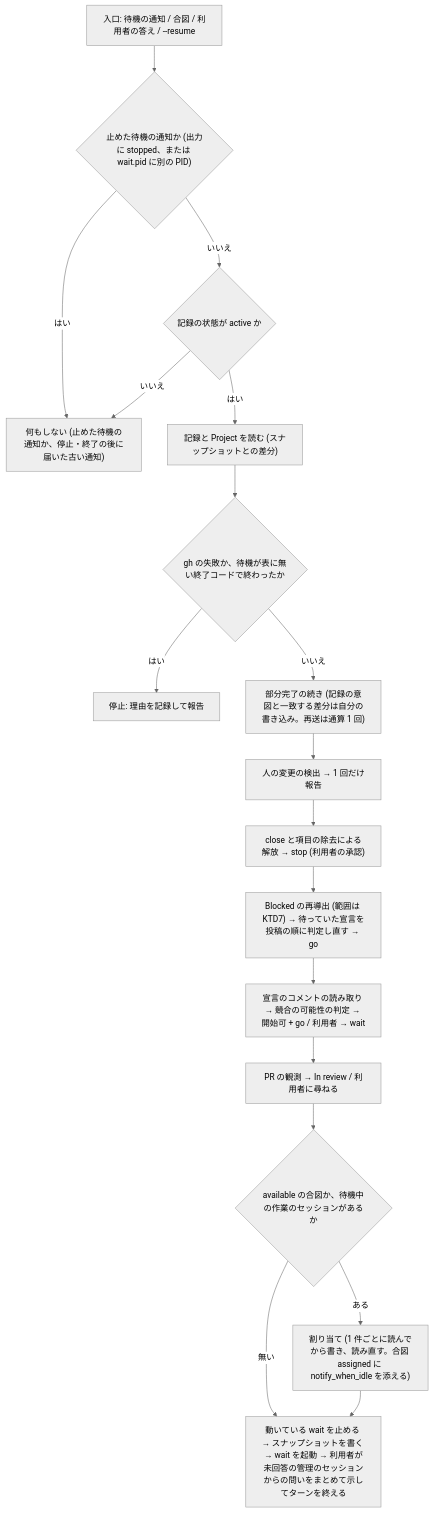
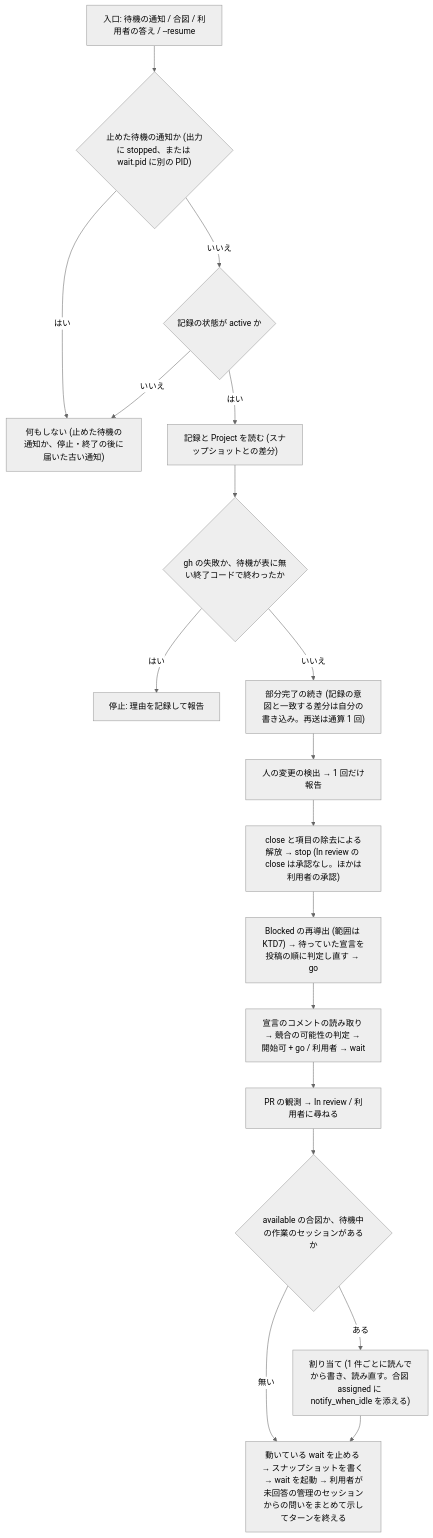
One commit to akm/claude-plugins changed the third of 3 diagrams in docs/plans/2026-10-06-2025-feat-issue-dispatch-plan.md. Above: the diagram before and after it, drawn with Mermaid (neutral theme). The commit also changed other lines of this file, not shown here.

First line of the commit message:
📝 docs(plans): issue-dispatch の計画で、In review の Issue が閉じたときに合図 stop を承認なしで送ると R21 に書く (#114)

````diff
--- a/docs/plans/2026-10-06-2025-feat-issue-dispatch-plan.md
+++ b/docs/plans/2026-10-06-2025-feat-issue-dispatch-plan.md
@@ -685,20 +686,20 @@
 ```mermaid
 flowchart TB
   E["入口: 待機の通知 / 合図 / 利用者の答え / --resume"] --> SP{"止めた待機の通知か (出力に stopped、または wait.pid に別の PID)"}
   SP -- はい --> N["何もしない (止めた待機の通知か、停止・終了の後に届いた古い通知)"]
   SP -- いいえ --> ST{"記録の状態が active か"}
   ST -- いいえ --> N
   ST -- はい --> R0["記録と Project を読む (スナップショットとの差分)"]
   R0 --> X{"gh の失敗か、待機が表に無い終了コードで終わったか"}
   X -- はい --> S1["停止: 理由を記録して報告"]
   X -- いいえ --> Q["部分完了の続き (記録の意図と一致する差分は自分の書き込み。再送は通算 1 回)"]
   Q --> H["人の変更の検出 → 1 回だけ報告"]
-  H --> C["close と項目の除去による解放 → stop (利用者の承認)"]
+  H --> C["close と項目の除去による解放 → stop (In review の close は承認なし。ほかは利用者の承認)"]
   C --> B["Blocked の再導出 (範囲は KTD7) → 待っていた宣言を投稿の順に判定し直す → go"]
   B --> D["宣言のコメントの読み取り → 競合の可能性の判定 → 開始可 + go / 利用者 → wait"]
   D --> P["PR の観測 → In review / 利用者に尋ねる"]
   P --> A{"available の合図か、待機中の作業のセッションがあるか"}
   A -- ある --> AS["割り当て (1 件ごとに読んでから書き、読み直す。合図 assigned に notify_when_idle を添える)"]
   A -- 無い --> W
   AS --> W["動いている wait を止める → スナップショットを書く → wait を起動 → 利用者が未回答の管理のセッションからの問いをまとめて示してターンを終える"]
 ```
````
